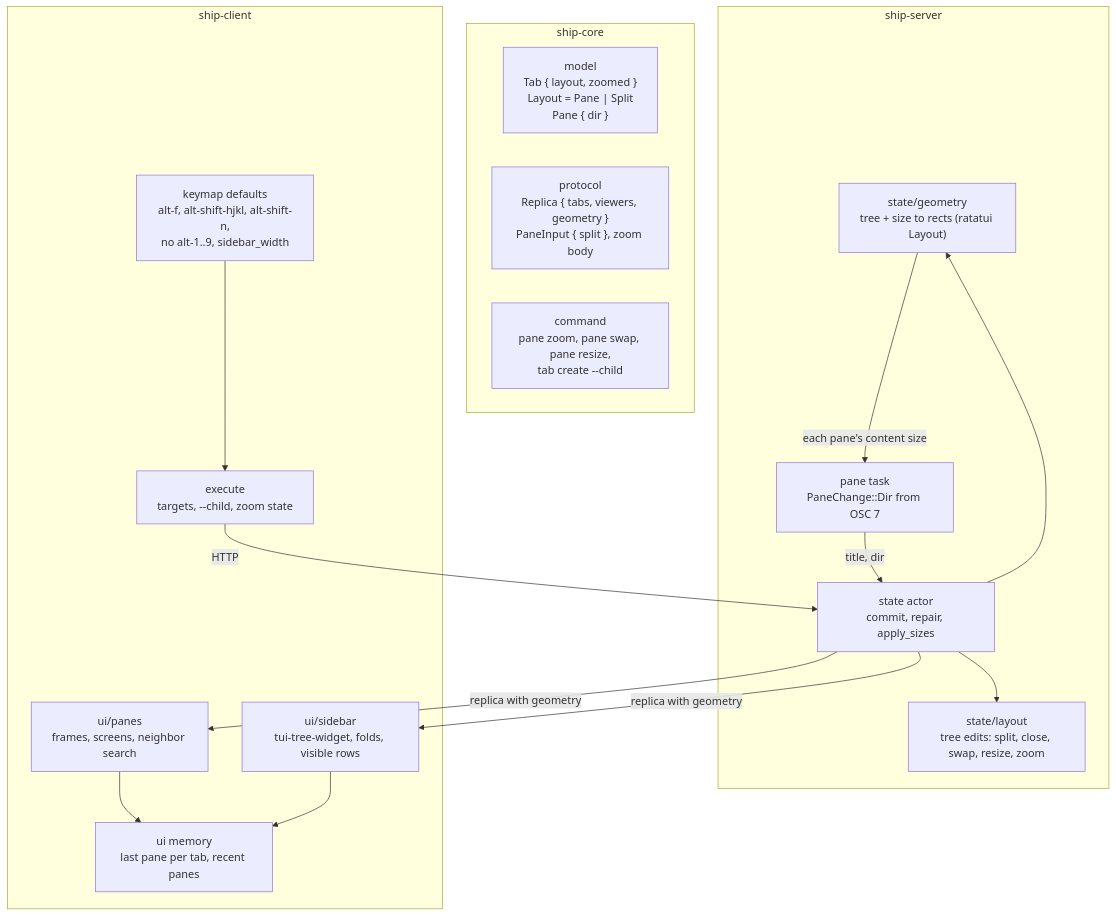
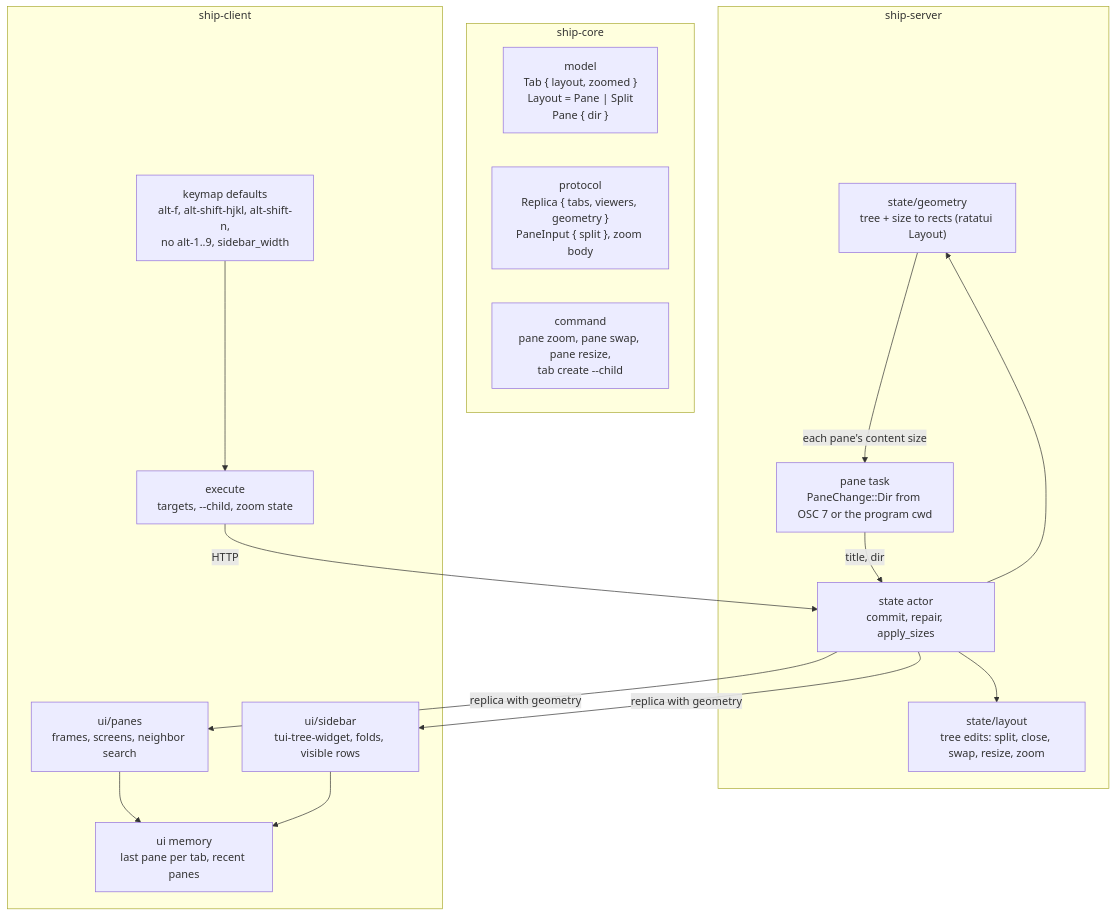
One commit to Cyanistic/ship changed the third of 3 diagrams in openspec/changes/layout-sidebar/design/architecture.md. Above: the diagram before and after it, drawn with Mermaid. The commit also changed other lines of this file and 19 other files, not shown here.

````diff
--- a/openspec/changes/layout-sidebar/design/architecture.md
+++ b/openspec/changes/layout-sidebar/design/architecture.md
@@ -69,29 +71,29 @@
 ```mermaid
 flowchart TB
   subgraph core["ship-core"]
     model["model<br/>Tab { layout, zoomed }<br/>Layout = Pane | Split<br/>Pane { dir }"]
     protocol["protocol<br/>Replica { tabs, viewers, geometry }<br/>PaneInput { split }, zoom body"]
     command["command<br/>pane zoom, pane swap, pane resize,<br/>tab create --child"]
   end
   subgraph server["ship-server"]
     edits["state/layout<br/>tree edits: split, close, swap, resize, zoom"]
     geometry["state/geometry<br/>tree + size to rects (ratatui Layout)"]
     state["state actor<br/>commit, repair, apply_sizes"]
-    pane["pane task<br/>PaneChange::Dir from OSC 7"]
+    pane["pane task<br/>PaneChange::Dir from OSC 7 or the program cwd"]
   end
   subgraph client["ship-client"]
     execute["execute<br/>targets, --child, zoom state"]
     sidebar["ui/sidebar<br/>tui-tree-widget, folds, visible rows"]
     panes["ui/panes<br/>frames, screens, neighbor search"]
     memory["ui memory<br/>last pane per tab, recent panes"]
     keys["keymap defaults<br/>alt-f, alt-shift-hjkl, alt-shift-n,<br/>no alt-1..9, sidebar_width"]
   end
   state --> edits
   state --> geometry
   geometry -->|"each pane's content size"| pane
   pane -->|"title, dir"| state
   state -->|"replica with geometry"| sidebar & panes
   keys --> execute -->|HTTP| state
   panes --> memory
   sidebar --> memory
 ```
````
